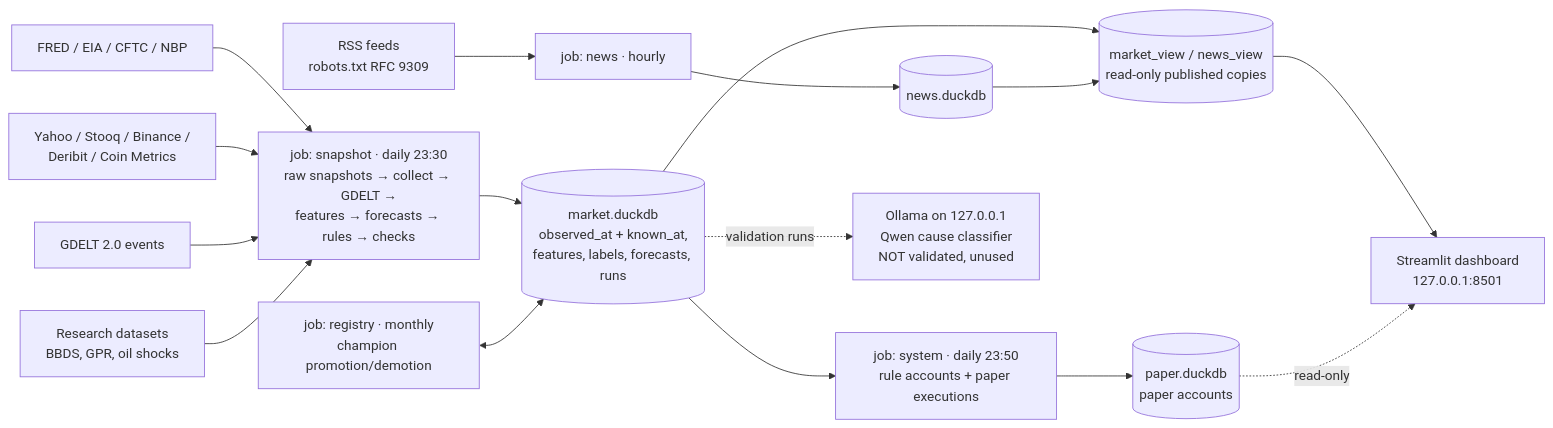
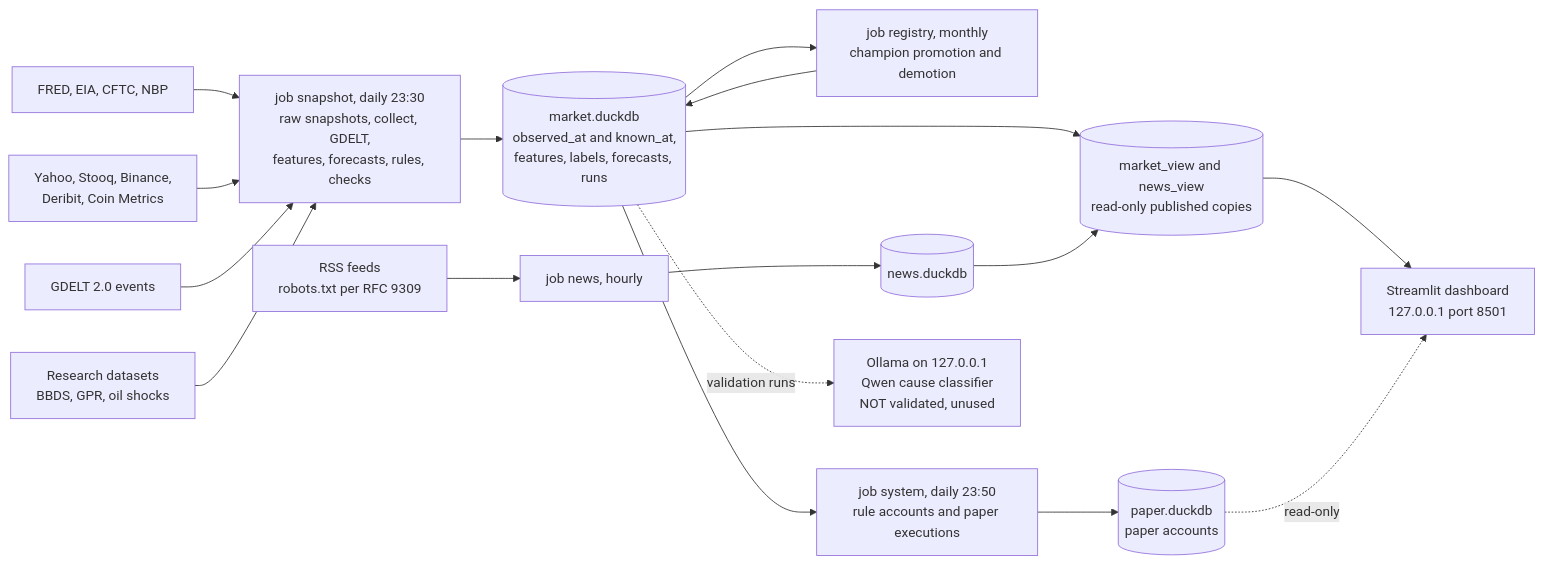
The diagram in README.md (grzemiz-stack/market-signals), drawn with Mermaid before and after one commit.

Commit message:
README: fix architecture diagram for GitHub rendering
Quote all node labels, drop special characters outside quotes, replace the
bidirectional arrow with two plain arrows and use |"label"| edge labels.
Verified locally with @mermaid-js/mermaid-cli 12.0.0 (renders without errors).

````diff
--- a/README.md
+++ b/README.md
@@ -58,23 +58,38 @@
 ```mermaid
 flowchart LR
-    FRED[FRED / EIA / CFTC / NBP] --> SNAP
-    MKT[Yahoo / Stooq / Binance /<br/>Deribit / Coin Metrics] --> SNAP
-    GD[GDELT 2.0 events] --> SNAP
-    LIT[Research datasets<br/>BBDS, GPR, oil shocks] --> SNAP
-    RSS[RSS feeds<br/>robots.txt RFC 9309] --> NEWS
+    FRED["FRED, EIA, CFTC, NBP"]
+    MKT["Yahoo, Stooq, Binance,<br/>Deribit, Coin Metrics"]
+    GD["GDELT 2.0 events"]
+    LIT["Research datasets<br/>BBDS, GPR, oil shocks"]
+    RSS["RSS feeds<br/>robots.txt per RFC 9309"]
 
-    SNAP[job: snapshot · daily 23:30<br/>raw snapshots → collect → GDELT →<br/>features → forecasts → rules → checks] --> OBS
-    NEWS[job: news · hourly] --> NDB
-    REG[job: registry · monthly<br/>champion promotion/demotion] <--> OBS
-    OBS --> SYS[job: system · daily 23:50<br/>rule accounts + paper executions] --> PDB
+    SNAP["job snapshot, daily 23:30<br/>raw snapshots, collect, GDELT,<br/>features, forecasts, rules, checks"]
+    NEWS["job news, hourly"]
+    REG["job registry, monthly<br/>champion promotion and demotion"]
+    SYS["job system, daily 23:50<br/>rule accounts and paper executions"]
 
-    OBS[(market.duckdb<br/>observed_at + known_at,<br/>features, labels, forecasts, runs)]
-    NDB[(news.duckdb)]
-    PDB[(paper.duckdb<br/>paper accounts)]
+    OBS[("market.duckdb<br/>observed_at and known_at,<br/>features, labels, forecasts, runs")]
+    NDB[("news.duckdb")]
+    PDB[("paper.duckdb<br/>paper accounts")]
+    VIEW[("market_view and news_view<br/>read-only published copies")]
 
-    OBS --> VIEW[(market_view / news_view<br/>read-only published copies)]
+    DASH["Streamlit dashboard<br/>127.0.0.1 port 8501"]
+    LLM["Ollama on 127.0.0.1<br/>Qwen cause classifier<br/>NOT validated, unused"]
+
+    FRED --> SNAP
+    MKT --> SNAP
+    GD --> SNAP
+    LIT --> SNAP
+    RSS --> NEWS
+    SNAP --> OBS
+    NEWS --> NDB
+    OBS --> REG
+    REG --> OBS
+    OBS --> SYS
+    SYS --> PDB
+    OBS --> VIEW
     NDB --> VIEW
-    VIEW --> DASH[Streamlit dashboard<br/>127.0.0.1:8501]
-    PDB -. read-only .-> DASH
-    OBS -. validation runs .-> LLM[Ollama on 127.0.0.1<br/>Qwen cause classifier<br/>NOT validated, unused]
+    VIEW --> DASH
+    PDB -.->|"read-only"| DASH
+    OBS -.->|"validation runs"| LLM
 ```
````
